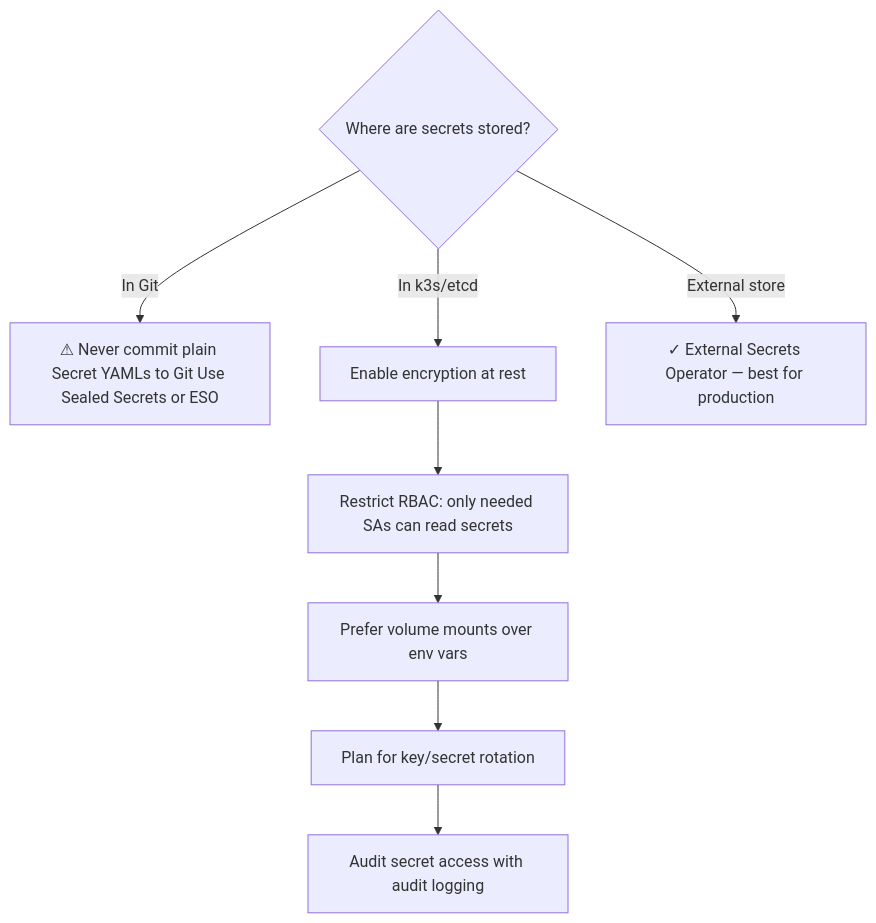
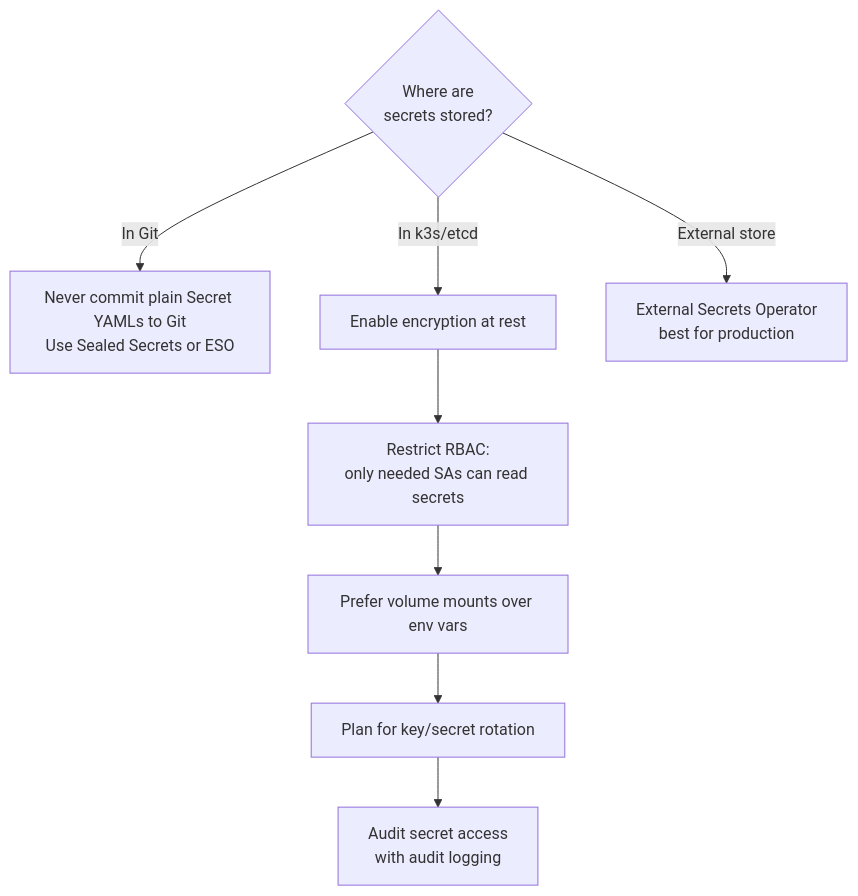
One commit to UncleJS/course_k3s changed the seventh of 7 diagrams in 09_security/04_secrets_management.md. Above: the diagram before and after it, drawn with Mermaid. The commit also changed other lines of this file and 45 other files, not shown here.

First line of the commit message:
Expand all course lessons: Mermaid diagrams + rich prose across 43 files

````diff
--- a/09_security/04_secrets_management.md
+++ b/09_security/04_secrets_management.md
@@ -464,11 +498,20 @@
 ```mermaid
 flowchart TD
-    Q1{Where are secrets stored?} -->|In Git| BAD1["⚠ Never commit plain Secret YAMLs to Git Use Sealed Secrets or ESO"]
-    Q1 -->|In k3s/etcd| ENCRYPT[Enable encryption at rest]
-    Q1 -->|External store| ESO_GOOD["✓ External Secrets Operator — best for production"]
+    Q1{"Where are<br/>secrets stored?"}
+    BAD1["Never commit plain Secret YAMLs to Git<br/>Use Sealed Secrets or ESO"]
+    ENCRYPT["Enable encryption at rest"]
+    ESO_GOOD["External Secrets Operator<br/>best for production"]
+    RBAC["Restrict RBAC:<br/>only needed SAs can read secrets"]
+    MOUNT["Prefer volume mounts over env vars"]
+    ROTATE["Plan for key/secret rotation"]
+    AUDIT["Audit secret access<br/>with audit logging"]
 
-    ENCRYPT --> RBAC[Restrict RBAC: only needed SAs can read secrets]
-    RBAC --> MOUNT[Prefer volume mounts over env vars]
-    MOUNT --> ROTATE[Plan for key/secret rotation]
-    ROTATE --> AUDIT[Audit secret access with audit logging]
+    Q1 -->|"In Git"| BAD1
+    Q1 -->|"In k3s/etcd"| ENCRYPT
+    Q1 -->|"External store"| ESO_GOOD
+
+    ENCRYPT --> RBAC
+    RBAC --> MOUNT
+    MOUNT --> ROTATE
+    ROTATE --> AUDIT
 ```
````
